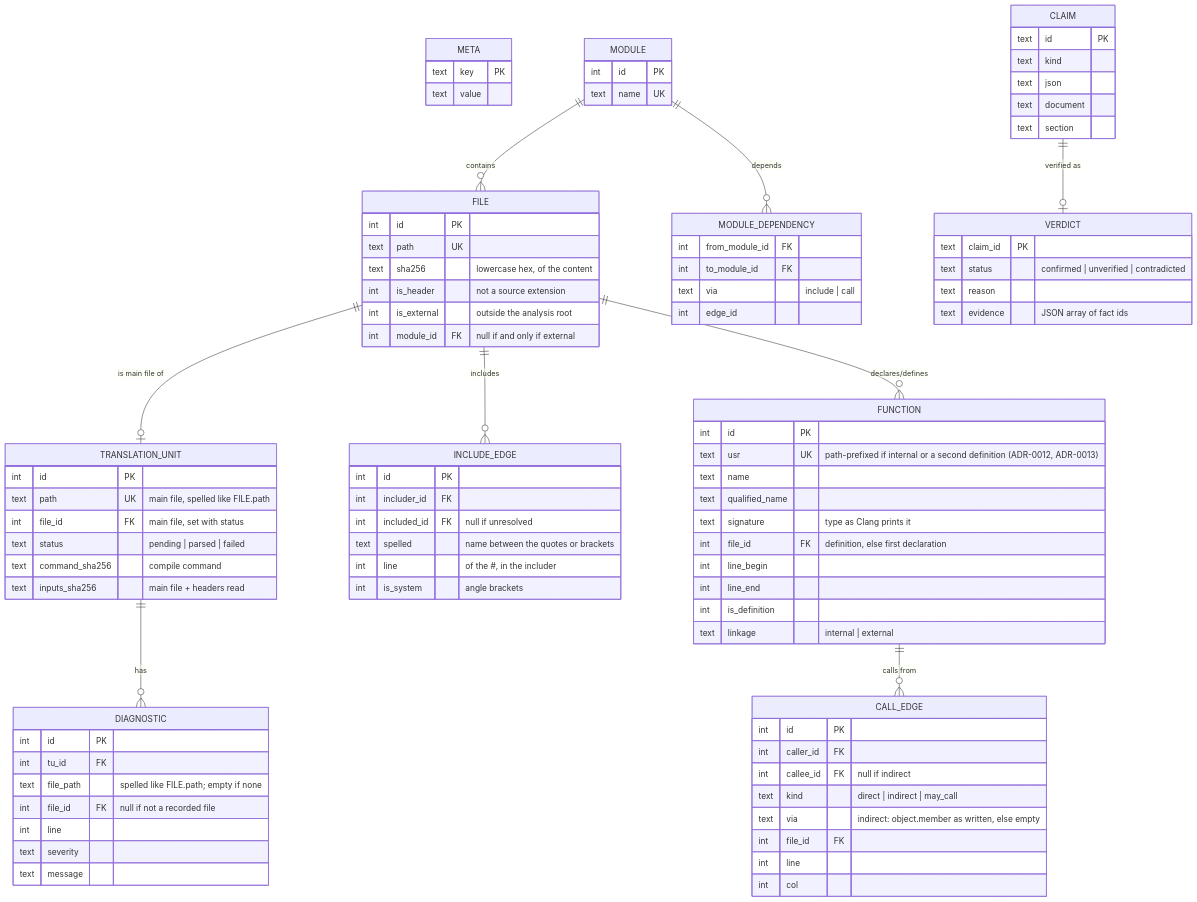
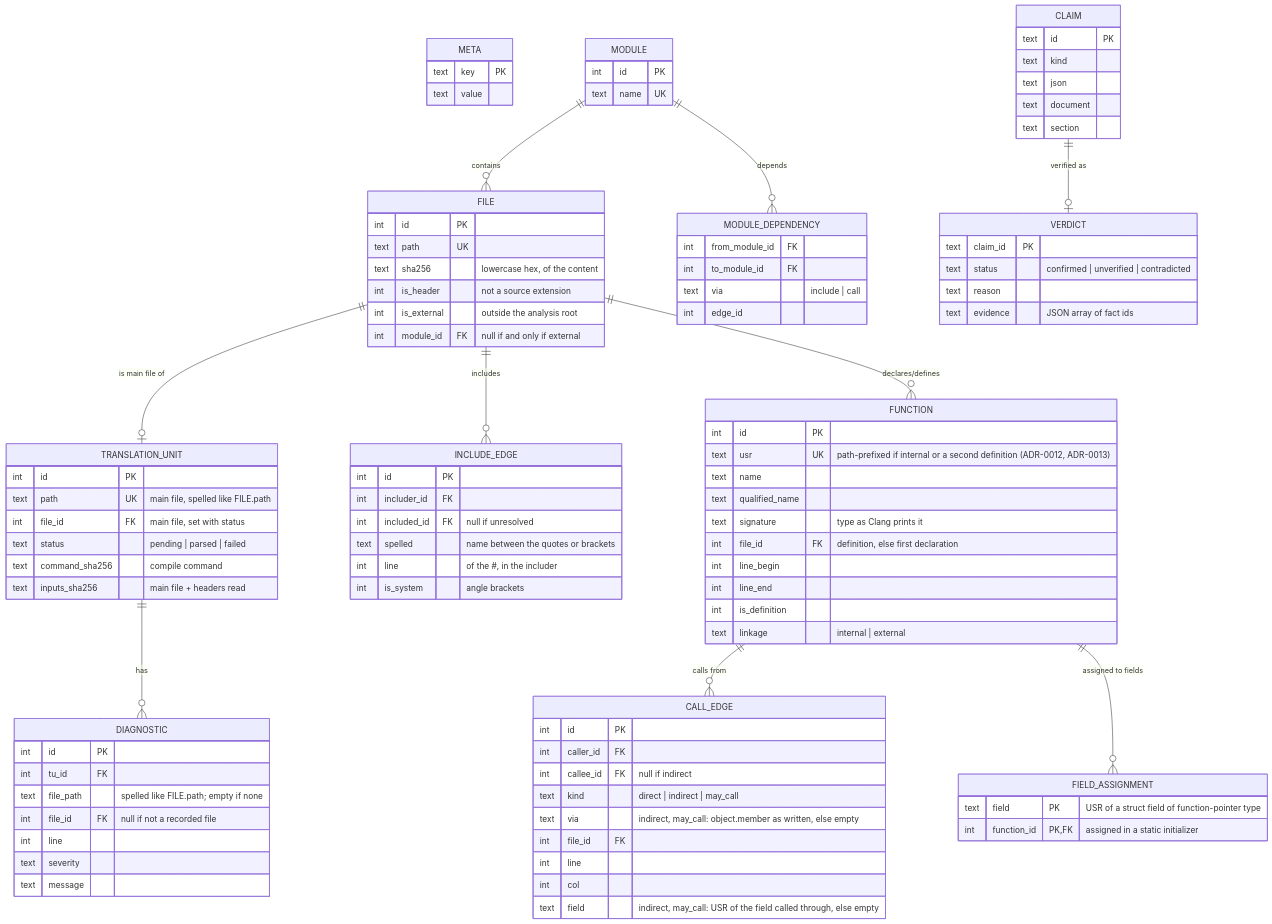
One commit to Tomek52/legacy-cartographer changed the diagram in docs/architecture/data-model.md. Above: the diagram before and after it, drawn with Mermaid. The commit also changed other lines of this file and 31 other files, not shown here.

First line of the commit message:
feat(analysis): may_call edges from function-pointer tables (#35)

````diff
--- a/docs/architecture/data-model.md
+++ b/docs/architecture/data-model.md
@@ -70,10 +72,15 @@
         int caller_id FK
         int callee_id FK "null if indirect"
         text kind "direct | indirect | may_call"
-        text via "indirect: object.member as written, else empty"
+        text via "indirect, may_call: object.member as written, else empty"
         int file_id FK
         int line
         int col
+        text field "indirect, may_call: USR of the field called through, else empty"
+    }
+    FIELD_ASSIGNMENT {
+        text field PK "USR of a struct field of function-pointer type"
+        int function_id PK, FK "assigned in a static initializer"
     }
     MODULE_DEPENDENCY {
         int from_module_id FK
@@ -101,6 +108,7 @@
     FILE ||--o{ INCLUDE_EDGE : "includes"
     FILE ||--o{ FUNCTION : "declares/defines"
     FUNCTION ||--o{ CALL_EDGE : "calls from"
+    FUNCTION ||--o{ FIELD_ASSIGNMENT : "assigned to fields"
     MODULE ||--o{ MODULE_DEPENDENCY : "depends"
     CLAIM ||--o| VERDICT : "verified as"
 ```
````
